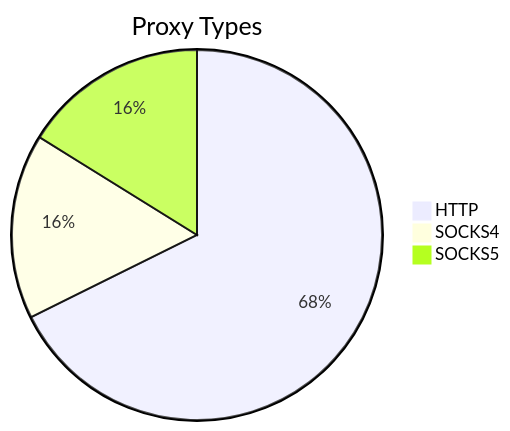
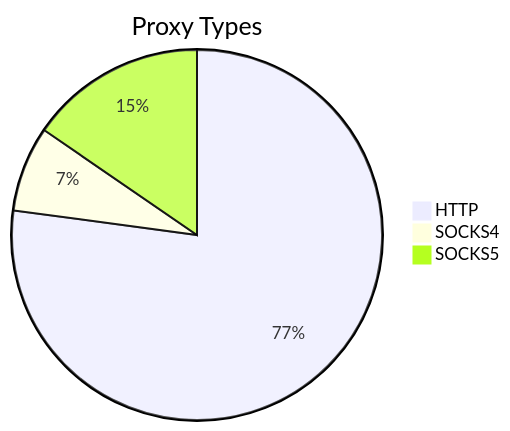
Before and after one commit to stormsia/proxy-list: the first of 2 diagrams in README.md, drawn with Mermaid. The commit also changed other lines of this file, not shown here.

````diff
--- a/README.md
+++ b/README.md
@@ -21,6 +21,6 @@
 ```mermaid
 pie title Proxy Types
-    "HTTP" : 310
-    "SOCKS4" : 74
-    "SOCKS5" : 74
+    "HTTP" : 300
+    "SOCKS4" : 29
+    "SOCKS5" : 60
 ```
````
